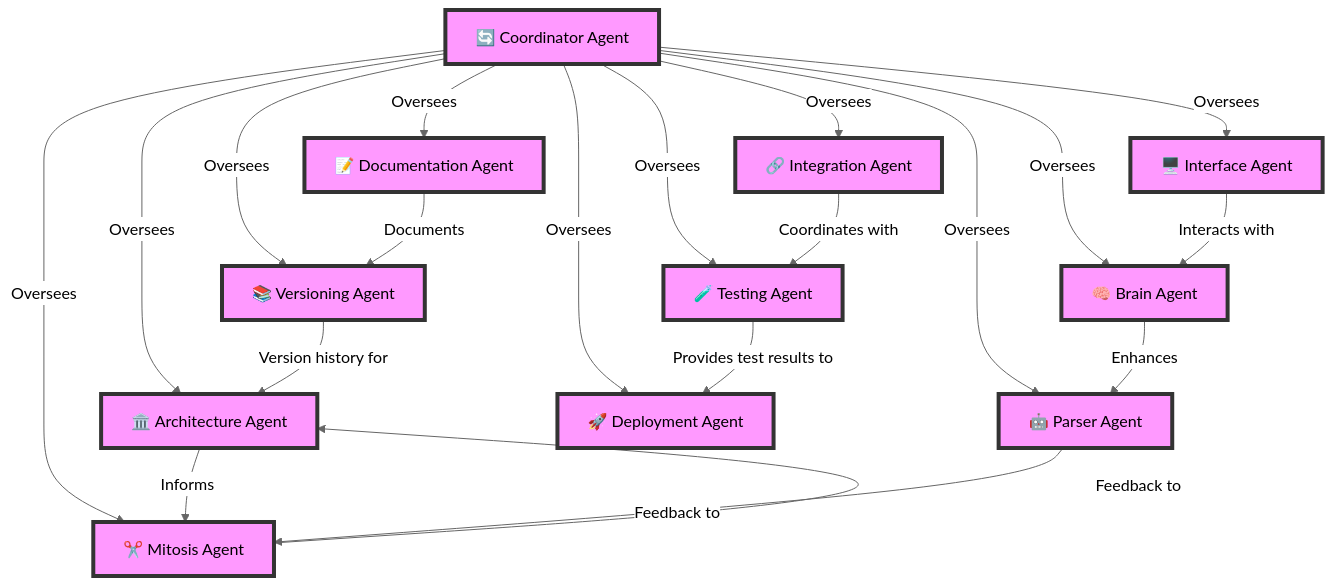
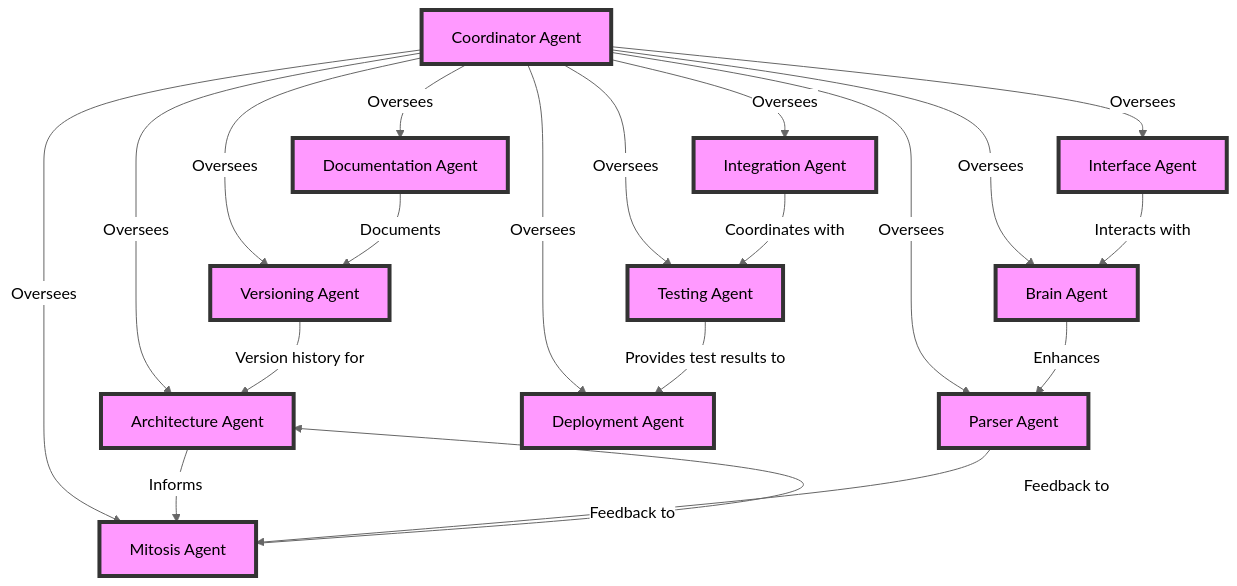
The diagram in README.md (manurueda/Genesis), drawn with Mermaid (neutral theme) before and after one commit.

````diff
--- a/README.md
+++ b/README.md
@@ -44,26 +44,27 @@
 ```mermaid
-graph TD;
-    CoordinatorAgent[🔄 Coordinator Agent] -->|Oversees| ArchitectureAgent[🏛️ Architecture Agent]
-    CoordinatorAgent -->|Oversees| MitosisAgent[✂️ Mitosis Agent]
-    CoordinatorAgent -->|Oversees| ParserAgent[🤖 Parser Agent]
-    CoordinatorAgent -->|Oversees| IntegrationAgent[🔗 Integration Agent]
-    CoordinatorAgent -->|Oversees| TestingAgent[🧪 Testing Agent]
-    CoordinatorAgent -->|Oversees| DeploymentAgent[🚀 Deployment Agent]
-    CoordinatorAgent -->|Oversees| DocumentationAgent[📝 Documentation Agent]
-    CoordinatorAgent -->|Oversees| VersioningAgent[📚 Versioning Agent]
-    CoordinatorAgent -->|Oversees| InterfaceAgent[🖥️ Interface Agent]
-    CoordinatorAgent -->|Oversees| BrainAgent[🧠 Brain Agent]
+graph TB;
+    CoordinatorAgent[Coordinator Agent] -->|Oversees| ArchitectureAgent[Architecture Agent]
+    CoordinatorAgent -->|Oversees| MitosisAgent[Mitosis Agent]
+    CoordinatorAgent -->|Oversees| ParserAgent[Parser Agent]
+    CoordinatorAgent -->|Oversees| IntegrationAgent[Integration Agent]
+    CoordinatorAgent -->|Oversees| TestingAgent[Testing Agent]
+    CoordinatorAgent -->|Oversees| DeploymentAgent[Deployment Agent]
+    CoordinatorAgent -->|Oversees| DocumentationAgent[Documentation Agent]
+    CoordinatorAgent -->|Oversees| VersioningAgent[Versioning Agent]
+    CoordinatorAgent -->|Oversees| InterfaceAgent[Interface Agent]
+    CoordinatorAgent -->|Oversees| BrainAgent[Brain Agent]
 
     ArchitectureAgent -->|Informs| MitosisAgent
     MitosisAgent -->|Feedback to| ArchitectureAgent
     ParserAgent -->|Feedback to| MitosisAgent
     IntegrationAgent -->|Coordinates with| TestingAgent
     TestingAgent -->|Provides test results to| DeploymentAgent
     DocumentationAgent -->|Documents| VersioningAgent
     VersioningAgent -->|Version history for| ArchitectureAgent
     InterfaceAgent -->|Interacts with| BrainAgent
     BrainAgent -->|Enhances| ParserAgent
 
     classDef default fill:#f9f,stroke:#333,stroke-width:4px;
     class CoordinatorAgent,ArchitectureAgent,MitosisAgent,ParserAgent,IntegrationAgent,TestingAgent,DeploymentAgent,DocumentationAgent,VersioningAgent,InterfaceAgent,BrainAgent default;
+
 ```
````
